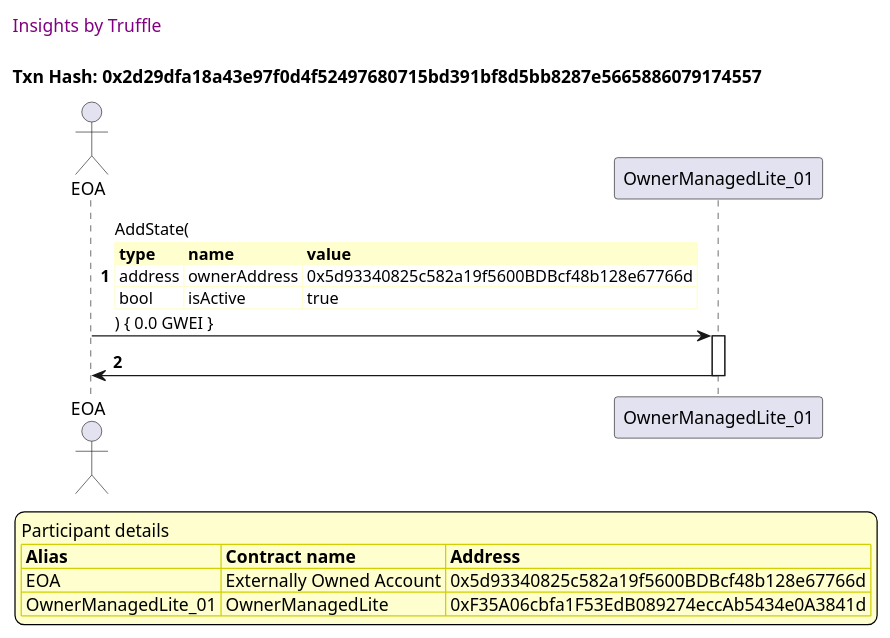
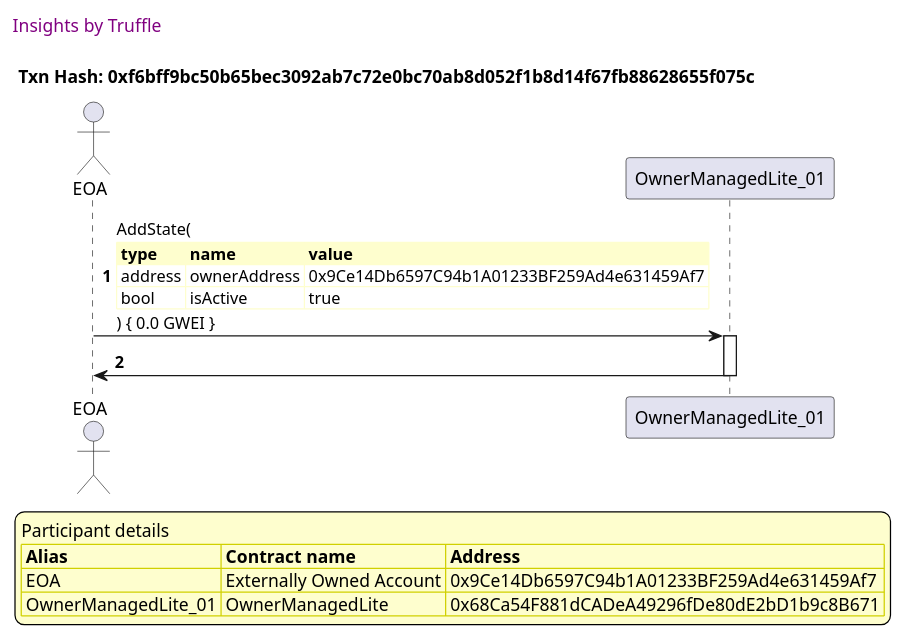
One commit to thedarkjester/ConsensysAssignment changed the second of 53 diagrams in truffle-seq/OwnerManagedLite_test_withdraw_and_fallback.md. Above: the diagram before and after it, drawn with PlantUML. The commit also changed other lines of this file and 13 other files, not shown here.

````diff
--- a/truffle-seq/OwnerManagedLite_test_withdraw_and_fallback.md
+++ b/truffle-seq/OwnerManagedLite_test_withdraw_and_fallback.md
@@ -56,41 +56,41 @@
 ```plantuml
 
 
 @startuml
 
 autonumber
 skinparam legendBackgroundColor #FEFECE
 
 <style>
       header {
         HorizontalAlignment left
         FontColor purple
         FontSize 14
         Padding 10
       }
     </style>
 
 header Insights by Truffle
 
-title Txn Hash: 0x2d29dfa18a43e97f0d4f52497680715bd391bf8d5bb8287e5665886079174557
+title Txn Hash: 0xf6bff9bc50b65bec3092ab7c72e0bc70ab8d052f1b8d14f67fb88628655f075c
 
 
 actor EOA as "EOA"
 participant OwnerManagedLite_01 as "OwnerManagedLite_01"
 
 "EOA" -> "OwnerManagedLite_01" ++: AddState(\n\
 <#FEFECE,#FEFECE>|= type |= name |= value |\n\
-| address | ownerAddress | 0x5d93340825c582a19f5600BDBcf48b128e67766d |\n\
+| address | ownerAddress | 0x9Ce14Db6597C94b1A01233BF259Ad4e631459Af7 |\n\
 | bool | isActive | true |\n\
 ) { 0.0 GWEI }
 "OwnerManagedLite_01" -> "EOA" --: 
 
 legend
 Participant details
 <#FEFECE,#D0D000>|= Alias |= Contract name |= Address |
-<#FEFECE>| EOA | Externally Owned Account | 0x5d93340825c582a19f5600BDBcf48b128e67766d |
-<#FEFECE>| OwnerManagedLite_01 | OwnerManagedLite | 0xF35A06cbfa1F53EdB089274eccAb5434e0A3841d |
+<#FEFECE>| EOA | Externally Owned Account | 0x9Ce14Db6597C94b1A01233BF259Ad4e631459Af7 |
+<#FEFECE>| OwnerManagedLite_01 | OwnerManagedLite | 0x68Ca54F881dCADeA49296fDe80dE2bD1b9c8B671 |
 endlegend
 
 @enduml
 ```
````
